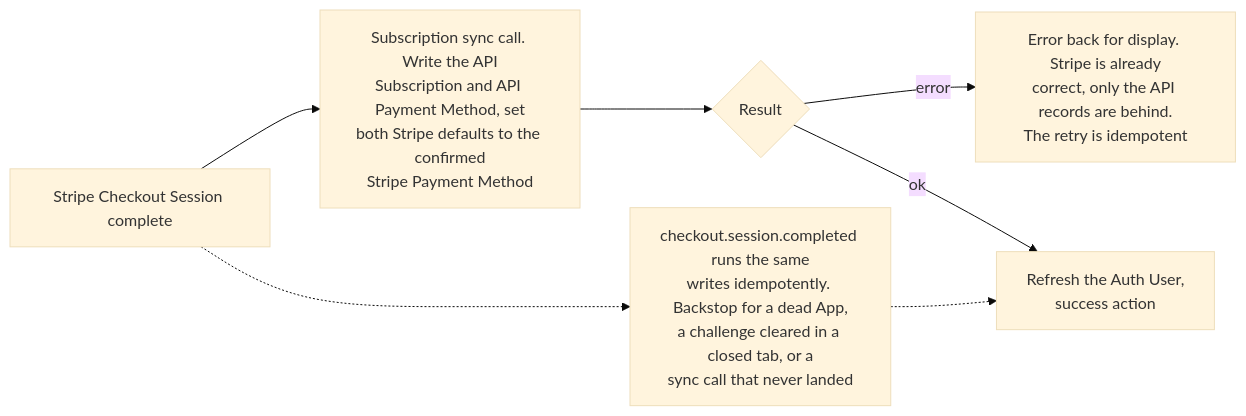
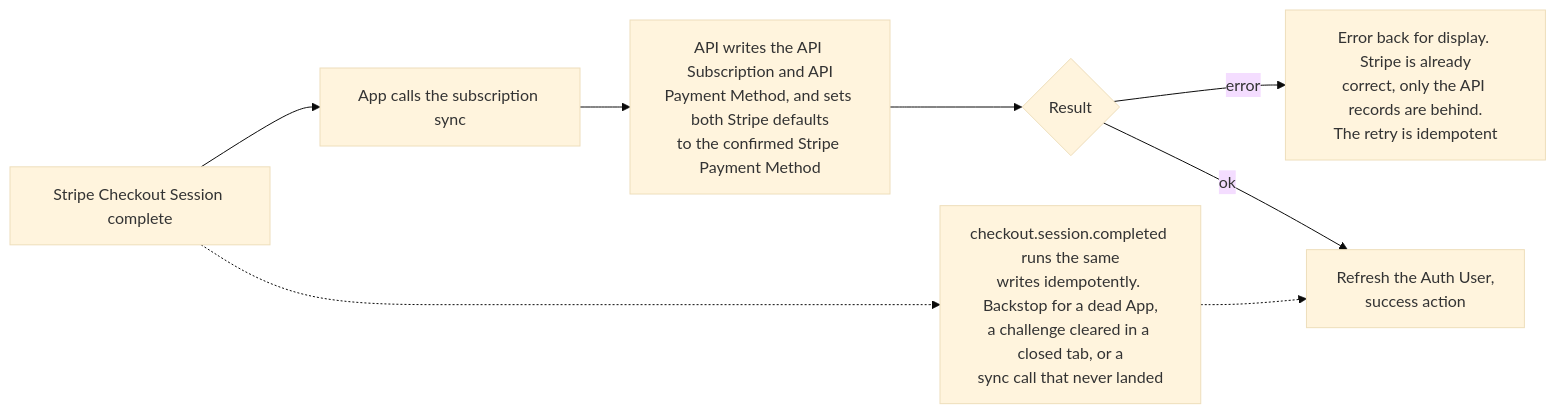
The second of 2 diagrams in public/specs/flows/subscription/stripe/Create3Submit.md (websanova/starter-flows), drawn with Mermaid (base theme) before and after one commit. The commit also changed other lines of this file, not shown here.

Commit message:
Update create phase 3 flow to new cleaned up format.

````diff
--- a/public/specs/flows/subscription/stripe/Create3Submit.md
+++ b/public/specs/flows/subscription/stripe/Create3Submit.md
@@ -71,9 +71,10 @@
 ```mermaid
 flowchart LR
-    Q[Stripe Checkout Session complete] --> S["Subscription sync call. Write the API<br/>Subscription and API Payment Method, set<br/>both Stripe defaults to the confirmed<br/>Stripe Payment Method"]
-    S --> S1{Result}
+    Q[Stripe Checkout Session complete] --> S[App calls the subscription sync]
+    S --> S0["API writes the API Subscription and API<br/>Payment Method, and sets both Stripe defaults<br/>to the confirmed Stripe Payment Method"]
+    S0 --> S1{Result}
     S1 -->|error| S2[Error back for display. Stripe is already<br/>correct, only the API records are behind.<br/>The retry is idempotent]
     S1 -->|ok| T[Refresh the Auth User,<br/>success action]
     Q -.-> W["checkout.session.completed runs the same<br/>writes idempotently. Backstop for a dead App,<br/>a challenge cleared in a closed tab, or a<br/>sync call that never landed"]
     W -.-> T
 ```
````
